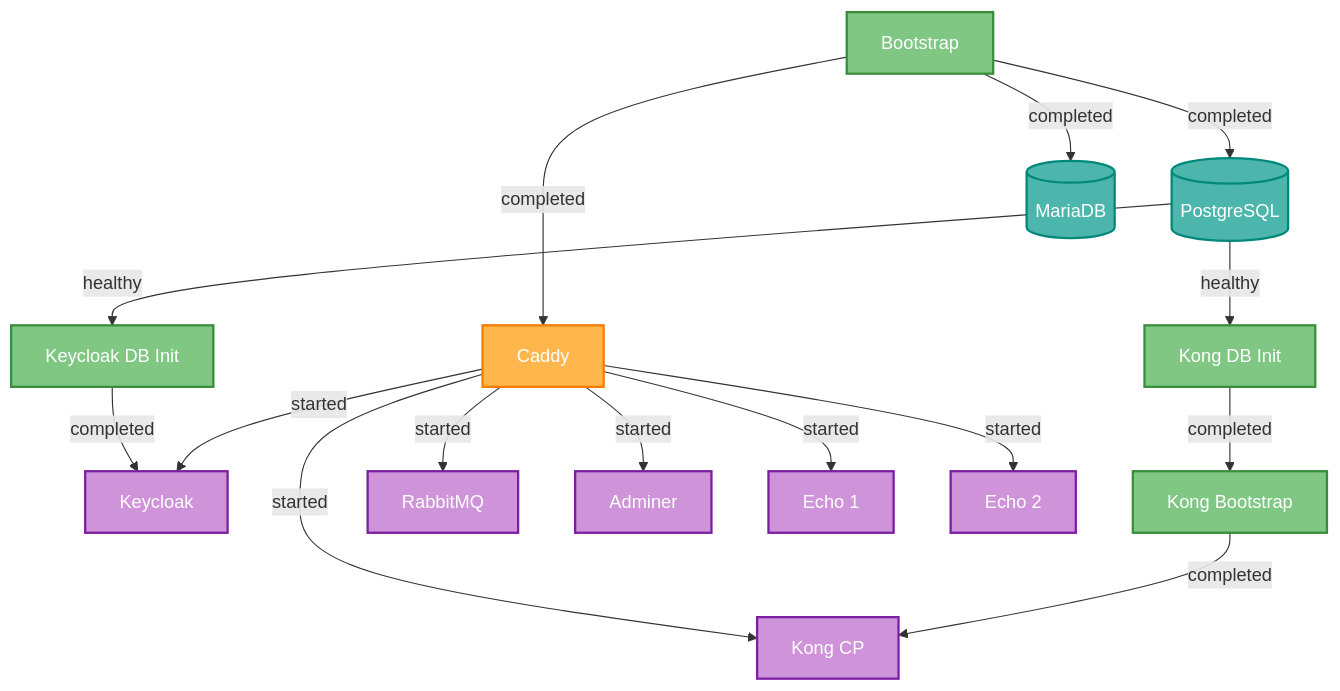
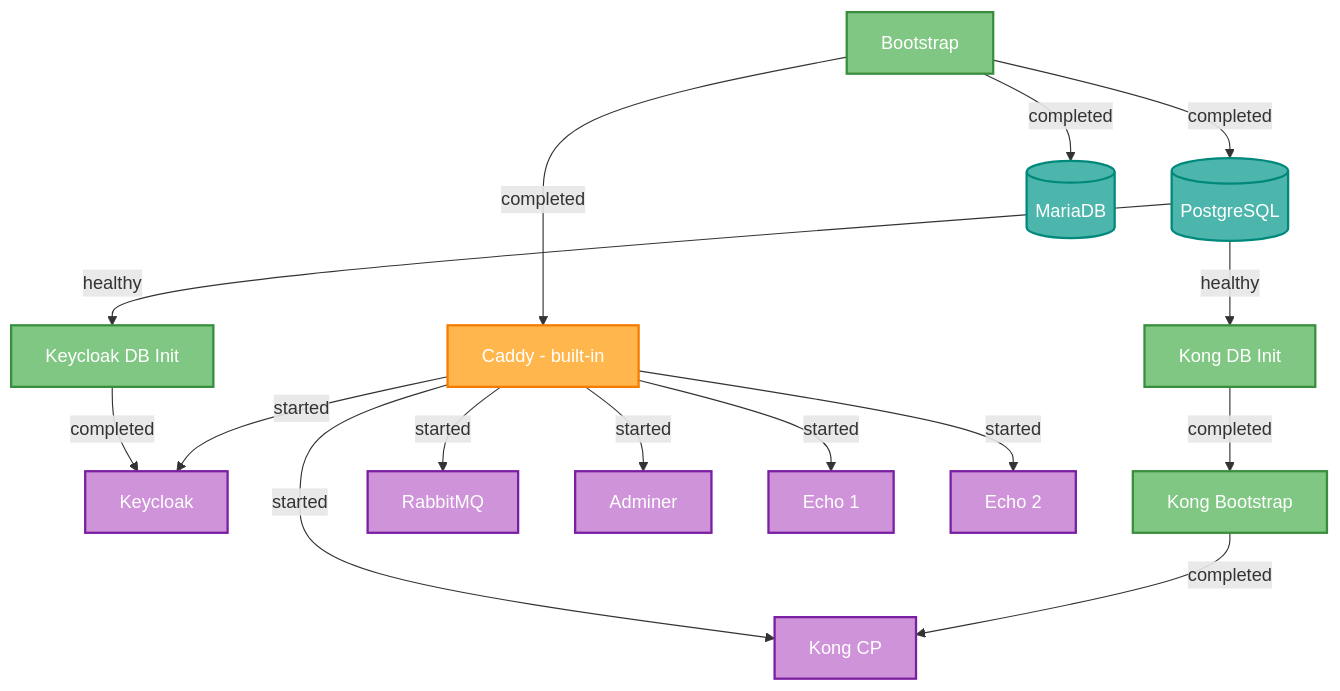
The diagram in README.md (apug/DcmBase), drawn with Mermaid before and after one commit. The commit also changed other lines of this file and 1 other file, not shown here.

````diff
--- a/README.md
+++ b/README.md
@@ -39,33 +41,34 @@
 ```mermaid
 graph TD
     bootstrap[Bootstrap]
+    caddy[Caddy - built-in]
 
-    bootstrap -->|completed| caddy[Caddy]
+    bootstrap -->|completed| caddy
     bootstrap -->|completed| postgresql[(PostgreSQL)]
     bootstrap -->|completed| mariadb[(MariaDB)]
 
     caddy -->|started| keycloak[Keycloak]
     postgresql -->|healthy| keycloak-db-init[Keycloak DB Init]
     keycloak-db-init -->|completed| keycloak
 
     postgresql -->|healthy| kong-db-init[Kong DB Init]
     kong-db-init -->|completed| kong-bootstrap[Kong Bootstrap]
     kong-bootstrap -->|completed| kong-cp[Kong CP]
     caddy -->|started| kong-cp
 
     caddy -->|started| rabbitmq[RabbitMQ]
     caddy -->|started| adminer[Adminer]
     caddy -->|started| echo1[Echo 1]
     caddy -->|started| echo2[Echo 2]
 
     classDef database fill:#4DB6AC,stroke:#00897B,color:#fff,stroke-width:2px
     classDef bootstrap fill:#90CAF9,stroke:#1976D2,color:#fff,stroke-width:2px
     classDef service fill:#CE93D8,stroke:#7B1FA2,color:#fff,stroke-width:2px
     classDef proxy fill:#FFB74D,stroke:#F57C00,color:#fff,stroke-width:2px
     classDef lifecycle fill:#81C784,stroke:#388E3C,color:#fff,stroke-width:2px
 
     class postgresql,mariadb database
     class bootstrap,kong-bootstrap,kong-db-init,keycloak-db-init lifecycle
     class keycloak,kong-cp,rabbitmq,adminer,echo1,echo2 service
     class caddy proxy
 ```
````
